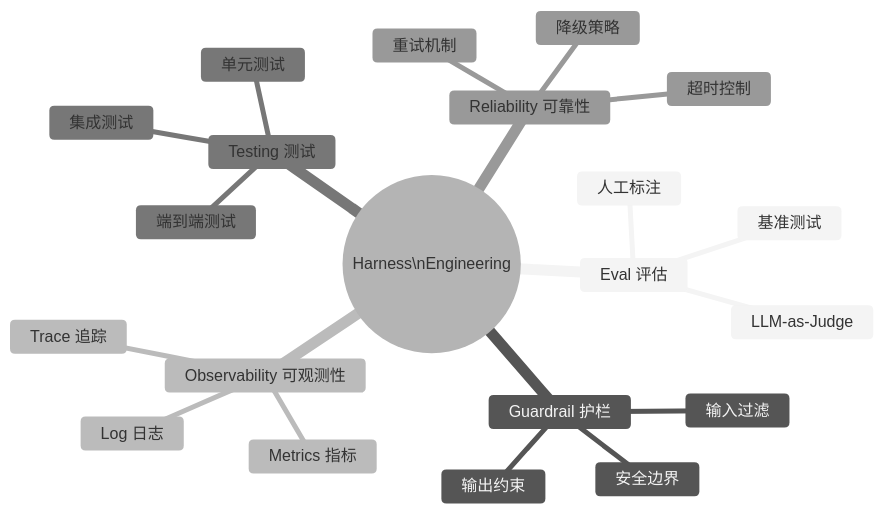
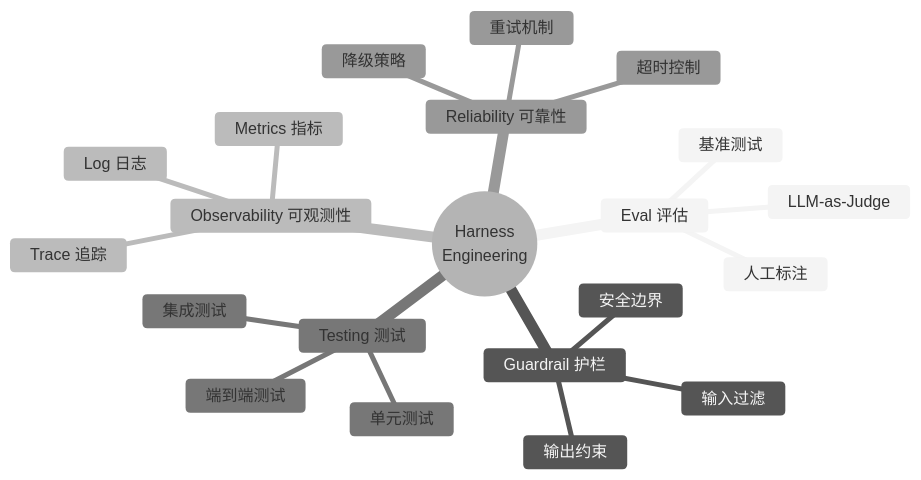
The tenth of 11 diagrams in ai/concepts/AI核心概念梳理-LLM-Prompt-Agent-RAG-MCP-Skill-Context-Harness.md (geekchow/technical-knowledge), drawn with Mermaid (neutral theme) before and after one commit. The commit also changed other lines of this file and 9 other files, not shown here.

Commit message:
fix mermaid label store issue.

````diff
--- a/ai/concepts/AI核心概念梳理-LLM-Prompt-Agent-RAG-MCP-Skill-Context-Harness.md
+++ b/ai/concepts/AI核心概念梳理-LLM-Prompt-Agent-RAG-MCP-Skill-Context-Harness.md
@@ -257,24 +257,24 @@
 ```mermaid
 mindmap
-  root((Harness\nEngineering))
+  root((Harness<br/>Engineering))
     Eval 评估
       基准测试
       人工标注
       LLM-as-Judge
     Guardrail 护栏
       输入过滤
       输出约束
       安全边界
     Observability 可观测性
       Trace 追踪
       Log 日志
       Metrics 指标
     Testing 测试
       单元测试
       集成测试
       端到端测试
     Reliability 可靠性
       重试机制
       降级策略
       超时控制
 ```
````
